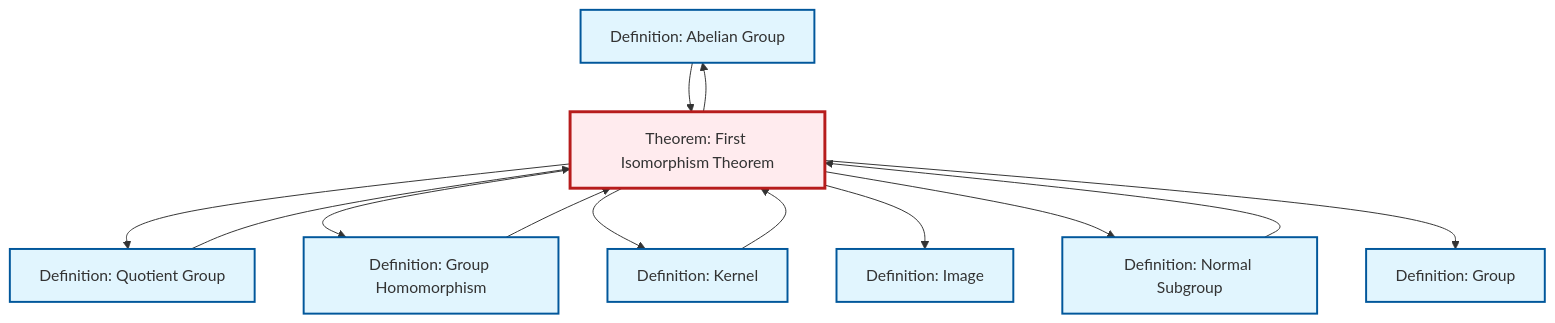
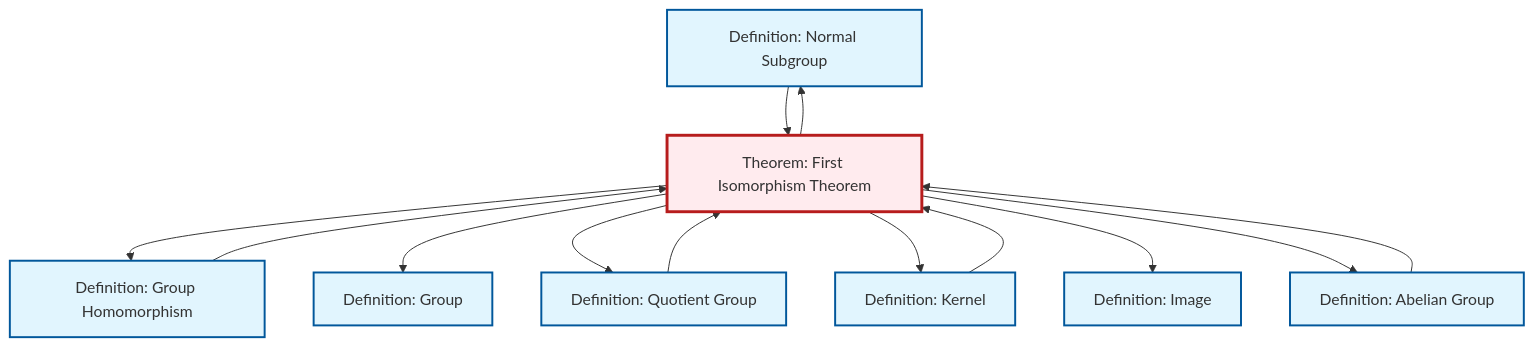
Before and after one commit to RK0429/ModernMath: the diagram in content/en/algebra/thm-first-isomorphism.qmd, drawn with Mermaid. The commit also changed other lines of this file and 360 other files, not shown here.

````diff
--- a/content/en/algebra/thm-first-isomorphism.qmd
+++ b/content/en/algebra/thm-first-isomorphism.qmd
@@ -100,37 +100,37 @@
 ```{mermaid}
 %%| fig-cap: "Local dependency graph"
 graph TD
     classDef definition fill:#e1f5fe,stroke:#01579b,stroke-width:2px
     classDef theorem fill:#f3e5f5,stroke:#4a148c,stroke-width:2px
     classDef axiom fill:#fff3e0,stroke:#e65100,stroke-width:2px
     classDef example fill:#e8f5e9,stroke:#1b5e20,stroke-width:2px
     classDef current fill:#ffebee,stroke:#b71c1c,stroke-width:3px
+    def-normal-subgroup["Definition: Normal Subgroup"]:::definition
+    def-quotient-group["Definition: Quotient Group"]:::definition
     def-abelian-group["Definition: Abelian Group"]:::definition
+    def-homomorphism["Definition: Group Homomorphism"]:::definition
+    thm-first-isomorphism["Theorem: First Isomorphism Theorem"]:::theorem
     def-kernel["Definition: Kernel"]:::definition
-    thm-first-isomorphism["Theorem: First Isomorphism Theorem"]:::theorem
-    def-normal-subgroup["Definition: Normal Subgroup"]:::definition
+    def-image["Definition: Image"]:::definition
     def-group["Definition: Group"]:::definition
-    def-homomorphism["Definition: Group Homomorphism"]:::definition
-    def-image["Definition: Image"]:::definition
-    def-quotient-group["Definition: Quotient Group"]:::definition
+    thm-first-isomorphism --> def-homomorphism
+    thm-first-isomorphism --> def-group
+    def-homomorphism --> thm-first-isomorphism
+    def-quotient-group --> thm-first-isomorphism
+    def-normal-subgroup --> thm-first-isomorphism
+    def-abelian-group --> thm-first-isomorphism
     thm-first-isomorphism --> def-quotient-group
-    thm-first-isomorphism --> def-homomorphism
-    def-homomorphism --> thm-first-isomorphism
+    def-kernel --> thm-first-isomorphism
     thm-first-isomorphism --> def-kernel
+    thm-first-isomorphism --> def-normal-subgroup
     thm-first-isomorphism --> def-image
-    thm-first-isomorphism --> def-normal-subgroup
-    def-normal-subgroup --> thm-first-isomorphism
-    def-quotient-group --> thm-first-isomorphism
-    thm-first-isomorphism --> def-group
-    def-kernel --> thm-first-isomorphism
     thm-first-isomorphism --> def-abelian-group
-    def-abelian-group --> thm-first-isomorphism
     class thm-first-isomorphism current
+    click def-normal-subgroup "def-normal-subgroup.html" "Go to Normal Subgroup definition"
+    click def-quotient-group "def-quotient-group.html" "Go to Quotient Group definition"
     click def-abelian-group "def-abelian-group.html" "Go to Abelian Group definition"
+    click def-homomorphism "def-homomorphism.html" "Go to Group Homomorphism definition"
     click def-kernel "def-kernel.html" "Go to Kernel definition"
-    click def-normal-subgroup "def-normal-subgroup.html" "Go to Normal Subgroup definition"
+    click def-image "def-image.html" "Go to Image definition"
     click def-group "def-group.html" "Go to Group definition"
-    click def-homomorphism "def-homomorphism.html" "Go to Group Homomorphism definition"
-    click def-image "def-image.html" "Go to Image definition"
-    click def-quotient-group "def-quotient-group.html" "Go to Quotient Group definition"
 ```
````
